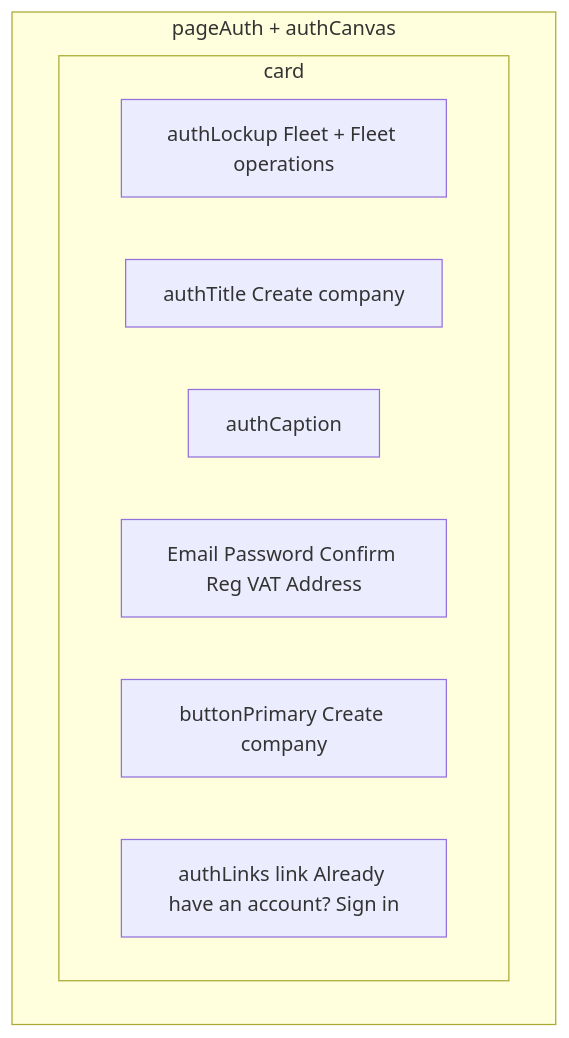
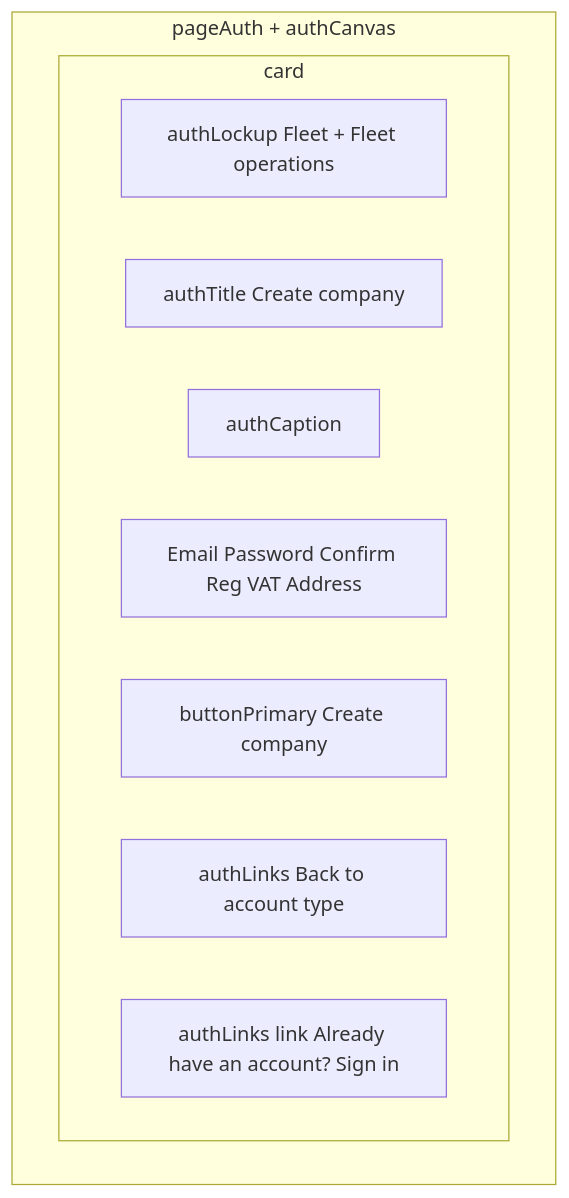
Before and after one commit to Alex61-byte/fleet-management: the diagram in design/pages/sign-up.md, drawn with Mermaid. The commit also changed other lines of this file and 110 other files, not shown here.

````diff
--- a/design/pages/sign-up.md
+++ b/design/pages/sign-up.md
@@ -10,14 +13,15 @@
 ```mermaid
 flowchart TB
   subgraph page [pageAuth + authCanvas]
     card[authCard]
   end
   subgraph card
     lockup[authLockup Fleet + Fleet operations]
     title[authTitle Create company]
     caption[authCaption]
     form[Email Password Confirm Reg VAT Address]
     submit[buttonPrimary Create company]
+    back[authLinks Back to account type]
     alt[authLinks link Already have an account? Sign in]
   end
 ```
````
